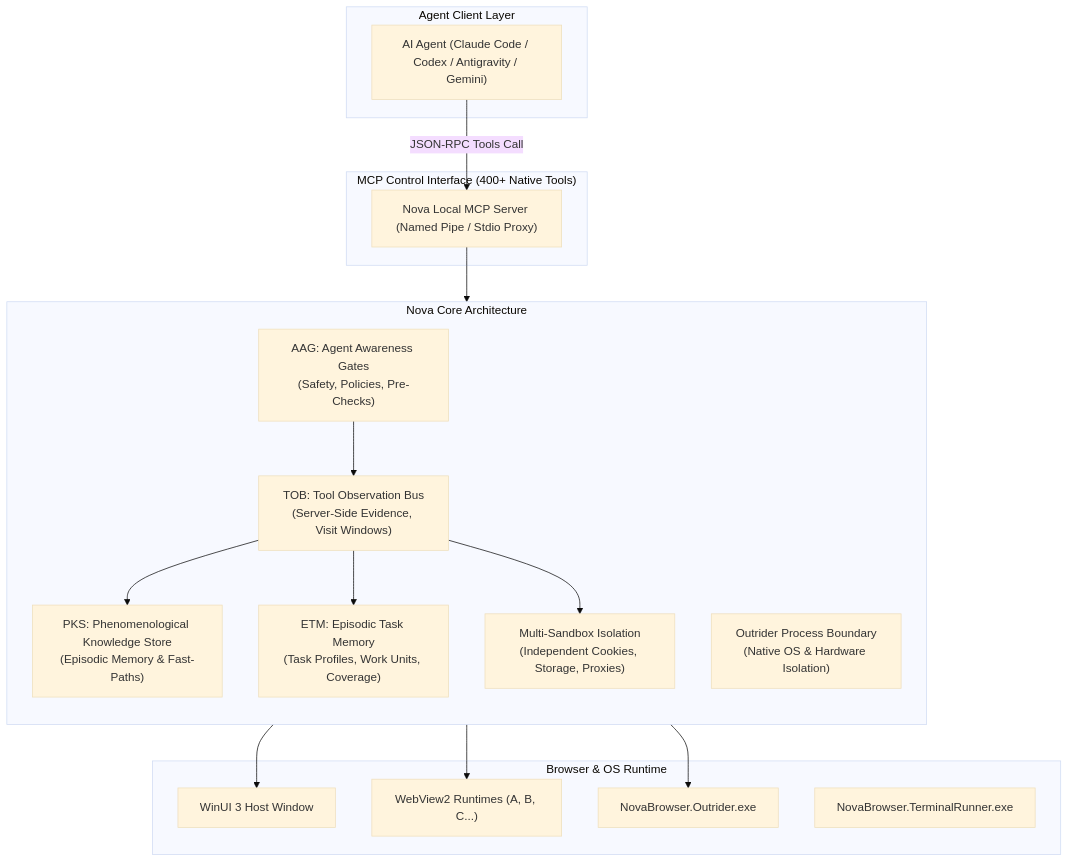
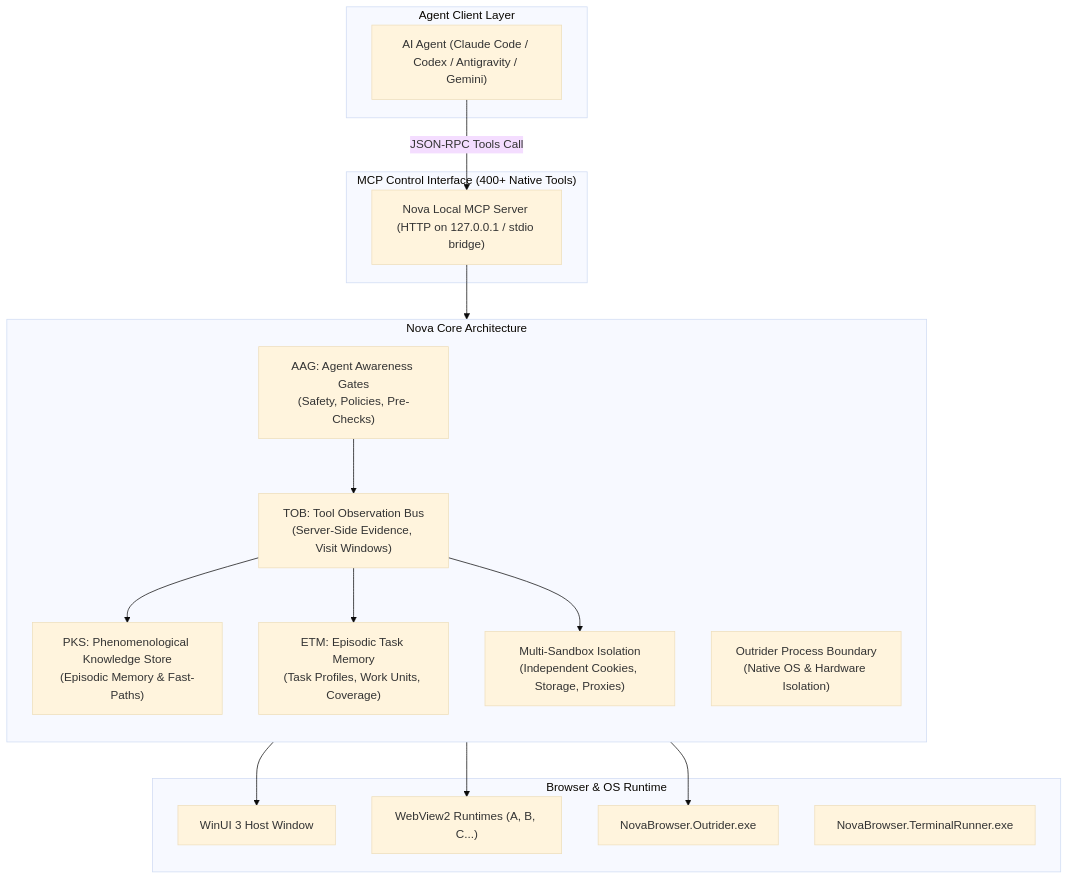
Before and after one commit to joelaniol/nova: the diagram in docs/core-features/README.md, drawn with Mermaid (base theme). The commit also changed 50 other files, not shown here.

Commit message:
docs: connection guides match the real transport (stdio bridge + local HTTP), tool tables without status column, broken characters fixed

````diff
--- a/docs/core-features/README.md
+++ b/docs/core-features/README.md
@@ -18,43 +18,43 @@
 ```mermaid
 flowchart TD
     subgraph AgentClient["Agent Client Layer"]
         Agent["AI Agent (Claude Code / Codex / Antigravity / Gemini)"]
     end
 
     subgraph McpInterface["MCP Control Interface (400+ Native Tools)"]
-        Server["Nova Local MCP Server (Named Pipe / Stdio Proxy)"]
+        Server["Nova Local MCP Server (HTTP on 127.0.0.1 / stdio bridge)"]
     end
 
     subgraph CorePillars["Nova Core Architecture"]
         direction TB
         AAG["AAG: Agent Awareness Gates
 (Safety, Policies, Pre-Checks)"]
         TOB["TOB: Tool Observation Bus
 (Server-Side Evidence, Visit Windows)"]
         PKS["PKS: Phenomenological Knowledge Store
 (Episodic Memory & Fast-Paths)"]
         ETM["ETM: Episodic Task Memory
 (Task Profiles, Work Units, Coverage)"]
         Sandbox["Multi-Sandbox Isolation
 (Independent Cookies, Storage, Proxies)"]
         Outrider["Outrider Process Boundary
 (Native OS & Hardware Isolation)"]
     end
 
     subgraph BrowserSurface["Browser & OS Runtime"]
         WinUI["WinUI 3 Host Window"]
         WebView["WebView2 Runtimes (A, B, C...)"]
         OutriderProc["NovaBrowser.Outrider.exe"]
         TerminalRunner["NovaBrowser.TerminalRunner.exe"]
     end
 
     Agent -->|JSON-RPC Tools Call| Server
     Server --> AAG
     AAG --> TOB
     TOB --> PKS
     TOB --> ETM
     TOB --> Sandbox
     Sandbox --> WebView
     CorePillars --> WinUI
     Outrider --> OutriderProc
 ```
````
